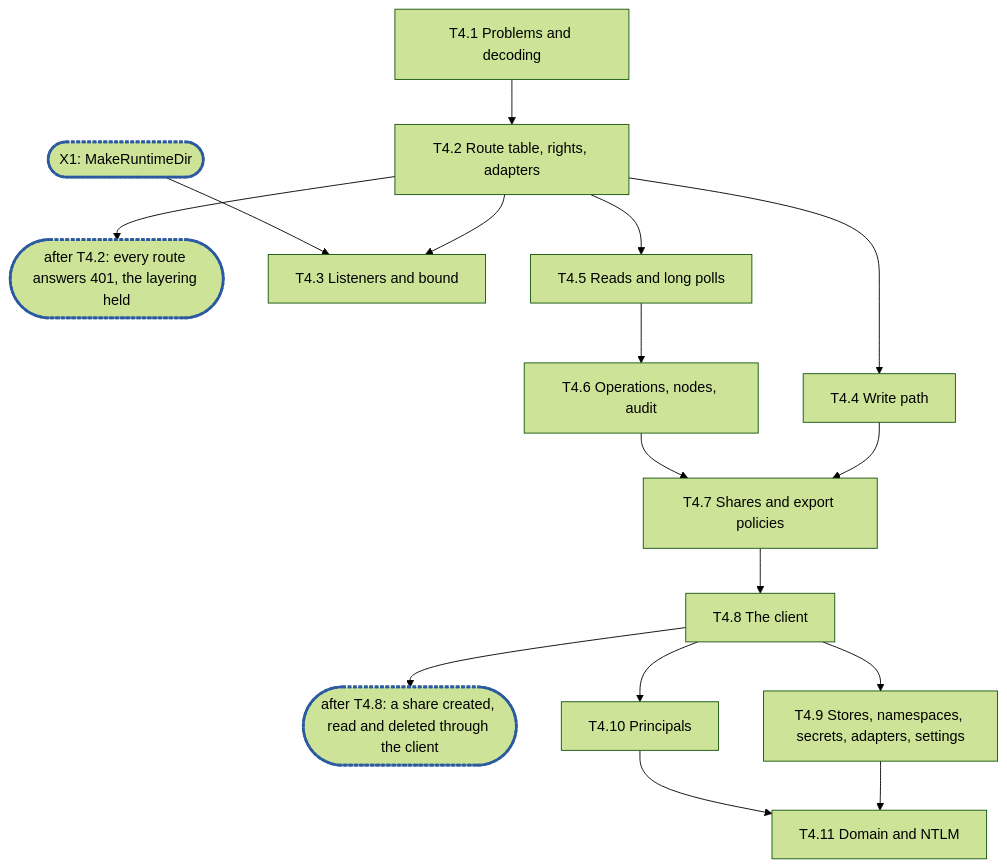
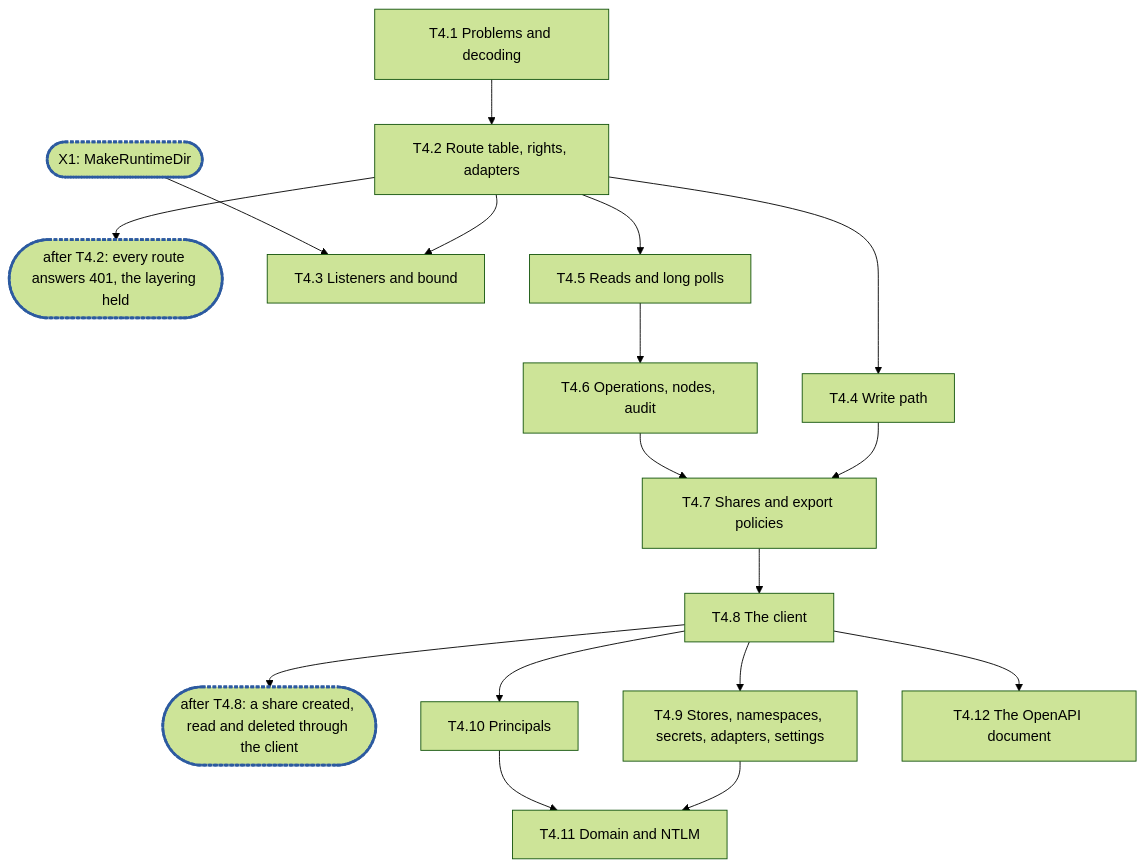
Before and after one commit to cubbit/dittofs: the diagram in .planning/rfc-23-control-plane-epic4.md, drawn with Mermaid (forest theme). The commit also changed other lines of this file and 1 other file, not shown here.

Commit message:
docs(rfc23): epic 4's T4.12 builds the OpenAPI document

````diff
--- a/.planning/rfc-23-control-plane-epic4.md
+++ b/.planning/rfc-23-control-plane-epic4.md
@@ -934,17 +964,18 @@
 ```mermaid
 flowchart TD
   T4_1["T4.1 Problems and decoding"] --> T4_2["T4.2 Route table, rights, adapters"]
   T4_2 --> C1(["after T4.2: every route answers 401, the layering held"]):::sync
   T4_2 --> T4_3["T4.3 Listeners and bound"]
   X1(["X1: MakeRuntimeDir"]):::sync --> T4_3
   T4_2 --> T4_4["T4.4 Write path"]
   T4_2 --> T4_5["T4.5 Reads and long polls"]
   T4_5 --> T4_6["T4.6 Operations, nodes, audit"]
   T4_4 & T4_6 --> T4_7["T4.7 Shares and export policies"]
   T4_7 --> T4_8["T4.8 The client"]
   T4_8 --> C2(["after T4.8: a share created, read and deleted through the client"]):::sync
   T4_8 --> T4_9["T4.9 Stores, namespaces, secrets, adapters, settings"]
   T4_8 --> T4_10["T4.10 Principals"]
   T4_9 & T4_10 --> T4_11["T4.11 Domain and NTLM"]
+  T4_8 --> T4_12["T4.12 The OpenAPI document"]
   classDef sync stroke:#2c5aa0,stroke-width:3px,stroke-dasharray:4 2
 ```
````
